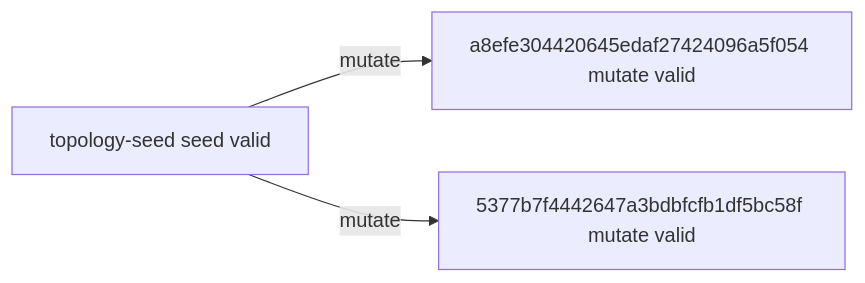
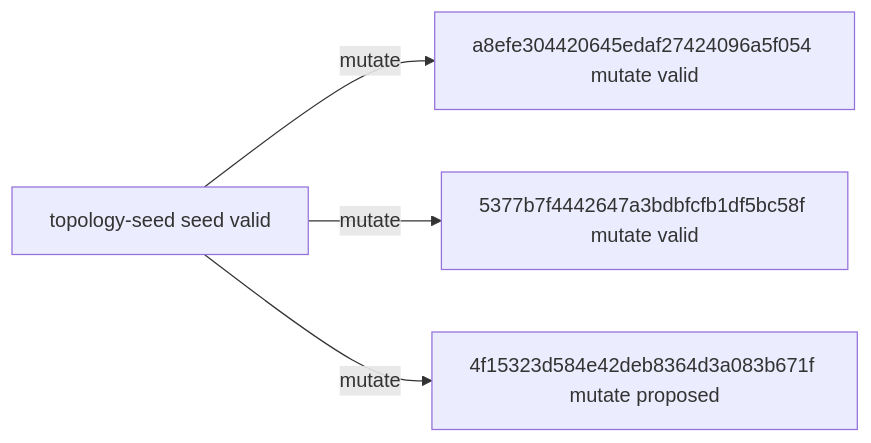
The diagram in experiments/campaigns/astra-group-numerical-v3/README.md (timbtz/feyer-search-lab), drawn with Mermaid before and after one commit. The commit also changed other lines of this file and 7 other files, not shown here.

````diff
--- a/experiments/campaigns/astra-group-numerical-v3/README.md
+++ b/experiments/campaigns/astra-group-numerical-v3/README.md
@@ -21,8 +21,10 @@
 ```mermaid
 graph LR
   n0["topology-seed seed valid"]
   n1["a8efe304420645edaf27424096a5f054 mutate valid"]
   n2["5377b7f4442647a3bdbfcfb1df5bc58f mutate valid"]
+  n3["4f15323d584e42deb8364d3a083b671f mutate proposed"]
   n0 -->|mutate| n1
   n0 -->|mutate| n2
+  n0 -->|mutate| n3
 ```
````
